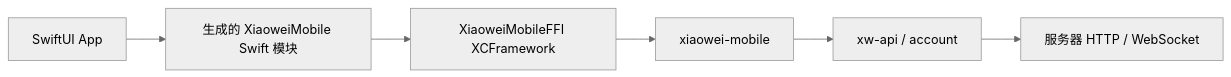
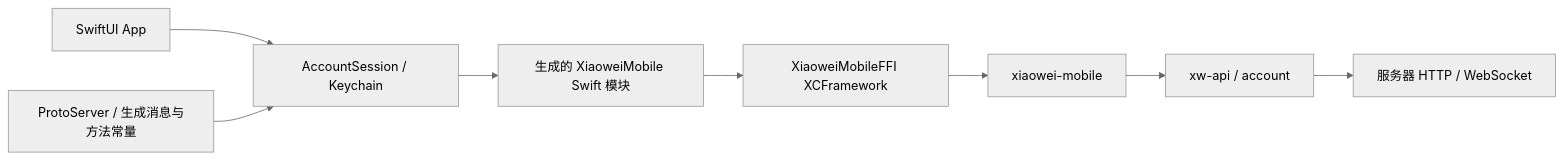
Before and after one commit to tctony-labs/xiaowei: the diagram in ios/docs/development.md, drawn with Mermaid (neutral theme). The commit also changed other lines of this file and 43 other files, not shown here.

First line of the commit message:
feat(ios): add account login and Keychain session persistence

````diff
--- a/ios/docs/development.md
+++ b/ios/docs/development.md
@@ -18,8 +18,10 @@
 ```mermaid
 flowchart LR
-    App[SwiftUI App] --> Swift[生成的 XiaoweiMobile Swift 模块]
+    App[SwiftUI App] --> Account[AccountSession / Keychain]
+    Account --> Swift[生成的 XiaoweiMobile Swift 模块]
+    PB[ProtoServer / 生成消息与方法常量] --> Account
     Swift --> FFI[XiaoweiMobileFFI XCFramework]
     FFI --> Mobile[xiaowei-mobile]
     Mobile --> API[xw-api / account]
     API --> Server[服务器 HTTP / WebSocket]
 ```
````
